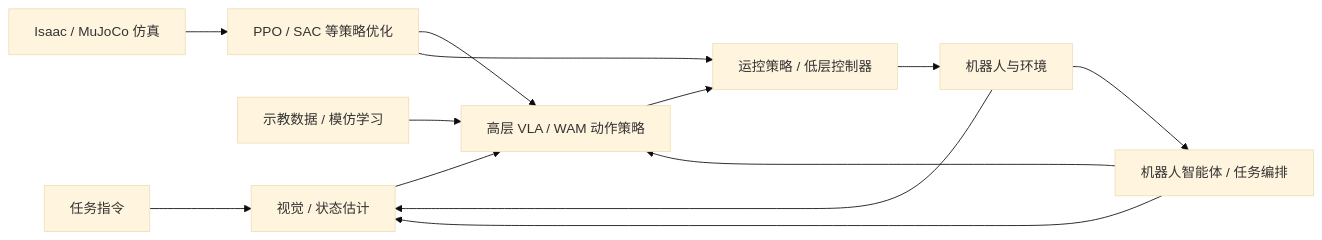
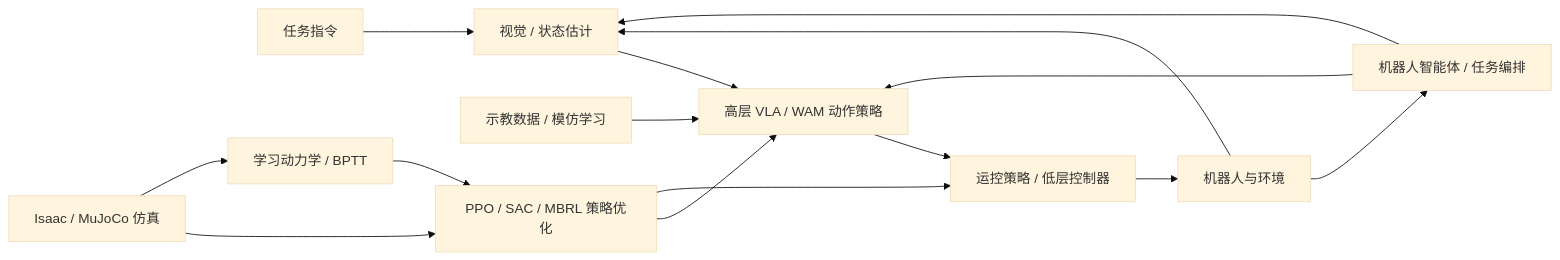
One commit to zengxiong111/Foundation_of_Embodied_AI changed the diagram in syllabus/COURSE_MAP_ZH.md. Above: the diagram before and after it, drawn with Mermaid (base theme). The commit also changed other lines of this file and 34 other files, not shown here.

````diff
--- a/syllabus/COURSE_MAP_ZH.md
+++ b/syllabus/COURSE_MAP_ZH.md
@@ -33,15 +33,18 @@
 ```mermaid
 flowchart LR
  A["任务指令"] --> B["视觉 / 状态估计"]
  B --> C["高层 VLA / WAM 动作策略"]
  C --> D["运控策略 / 低层控制器"]
  D --> E["机器人与环境"]
  E --> B
  F["示教数据 / 模仿学习"] --> C
- G["Isaac / MuJoCo 仿真"] --> H["PPO / SAC 等策略优化"]
+ G["Isaac / MuJoCo 仿真"] --> H["PPO / SAC / MBRL 策略优化"]
  H --> C
  H --> D
+ M["学习动力学 / BPTT"]
+ G --> M
+ M --> H
  X["机器人智能体 / 任务编排"] --> B
  X --> C
  E --> X
 ```
````
